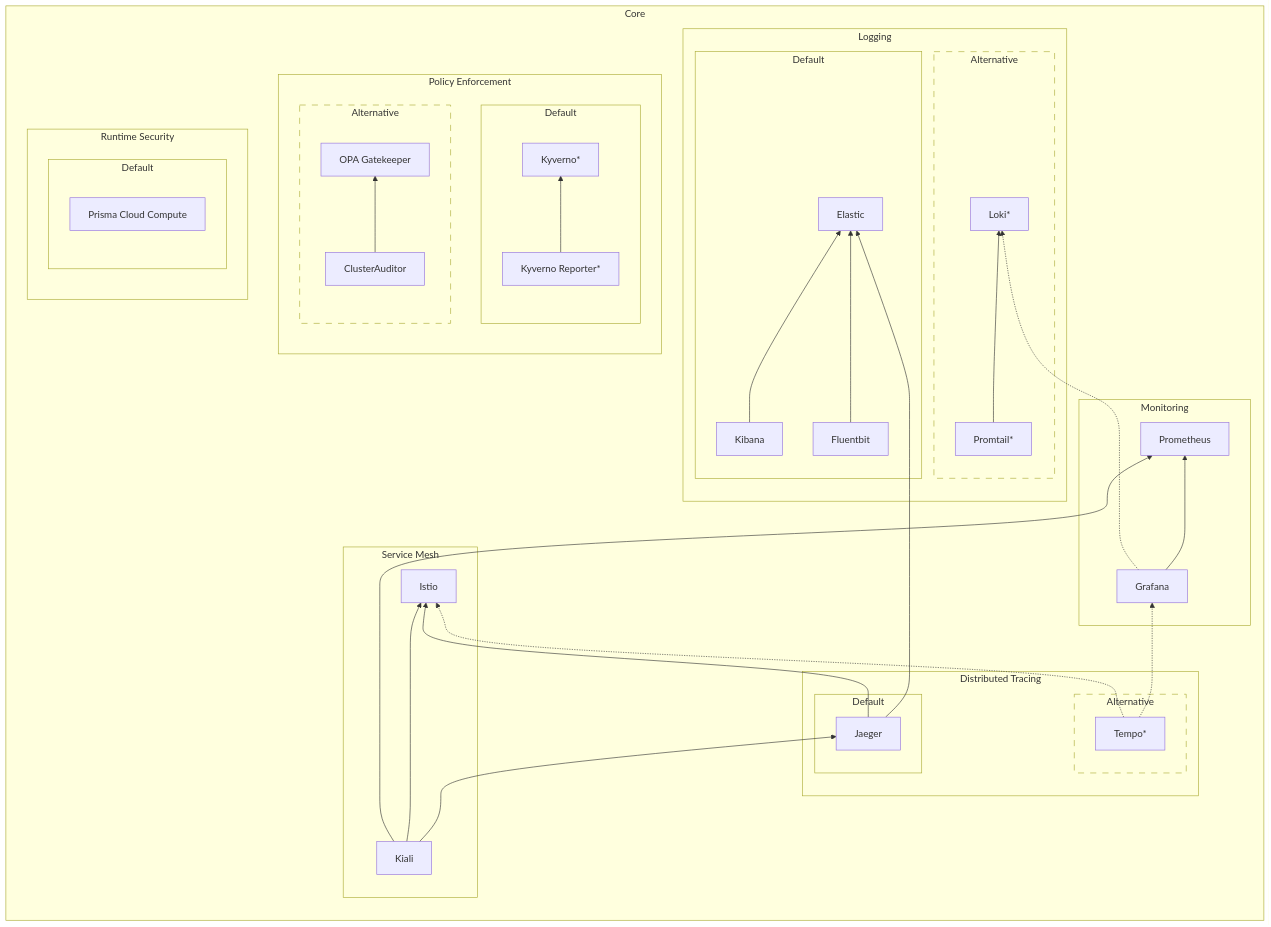
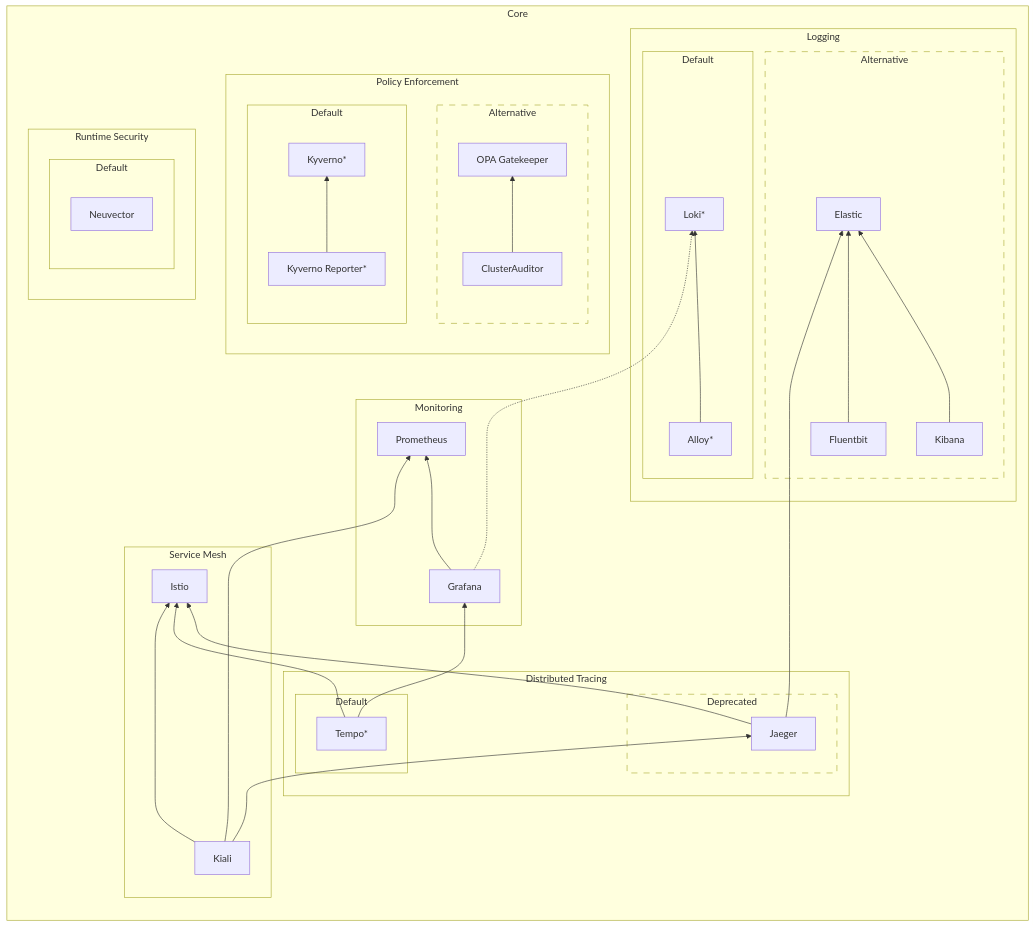
The first of 2 diagrams in docs/understanding-bigbang/package-architecture/README.md (shebashio/bigbang), drawn with Mermaid before and after one commit. The commit also changed other lines of this file, not shown here.

Commit message:
wip diagram

````diff
--- a/docs/understanding-bigbang/package-architecture/README.md
+++ b/docs/understanding-bigbang/package-architecture/README.md
@@ -15,55 +15,55 @@
 ```mermaid
 flowchart LR
   subgraph Core
     direction BT
 
     subgraph L[Logging]
-      subgraph EFK[Default]
+      subgraph PLG[Default]
+        Alloy[Alloy*] --> Loki[Loki*]
+      end
+      subgraph EFK[Alternative]
+        style EFK stroke-dasharray: 10 10
         Kibana & Fluentbit --> Elastic
-      end
-      subgraph PLG[Alternative]
-      style PLG stroke-dasharray: 10 10
-        Promtail[Promtail*] --> Loki[Loki*]
       end
     end
 
     subgraph M[Monitoring]
       Grafana --> Prometheus
       Grafana -.-> Loki
     end
 
     subgraph PE[Policy Enforcement]
-      subgraph KyvernoStack[Default]
-      direction BT
-        KyvernoReporter[Kyverno Reporter*] --> Kyverno[Kyverno*]
-      end
       subgraph CA[Alternative]
       style CA stroke-dasharray: 10 10
       direction BT
         ClusterAuditor --> OPA[OPA Gatekeeper]
       end
+      subgraph KyvernoStack[Default]
+      direction BT
+        KyvernoReporter[Kyverno Reporter*] --> Kyverno[Kyverno*]
+      end
     end
 
     subgraph RS[Runtime Security]
       subgraph TL[Default]
-        Twistlock[Prisma Cloud Compute]
+        Neuvector[Neuvector]
       end
     end
 
     subgraph DT[Distributed Tracing]
-      subgraph J[Default]
+      subgraph J[Deprecated]
         Jaeger ----> Elastic
       end
-      subgraph T[Alternative]
-      style T stroke-dasharray: 10 10
-        Tempo[Tempo*] -.-> Grafana
+      subgraph T[Default]
+      style J stroke-dasharray: 10 10
+        Tempo[Tempo*] --> Grafana
       end
     end
 
     subgraph SM[Service Mesh]
       Jaeger --> Istio
-      Tempo -.-> Istio
+      Tempo --> Istio
       Kiali --> Jaeger & Istio & Prometheus
     end
   end
 ```
````
